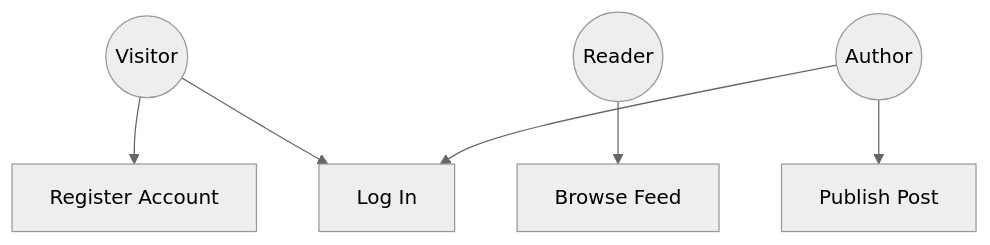
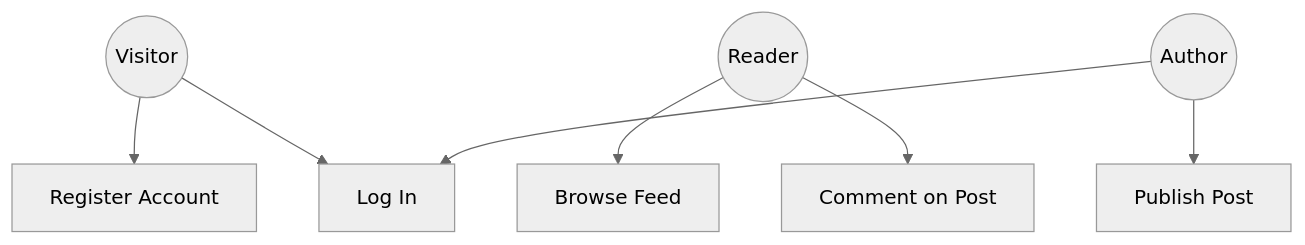
The second of 6 diagrams in docs/requirements/analysis-model.md (n-nu/inkwell), drawn with Mermaid (neutral theme) before and after one commit. The commit also changed other lines of this file and 4 other files, not shown here.

````diff
--- a/docs/requirements/analysis-model.md
+++ b/docs/requirements/analysis-model.md
@@ -19,8 +19,9 @@
 ```mermaid
 graph TD
     Visitor((Visitor)) --> Register[Register Account]
     Visitor --> Login[Log In]
     Reader((Reader)) --> Feed[Browse Feed]
+    Reader --> Comment[Comment on Post]
     Author((Author)) --> Publish[Publish Post]
     Author --> Login
 ```
````
